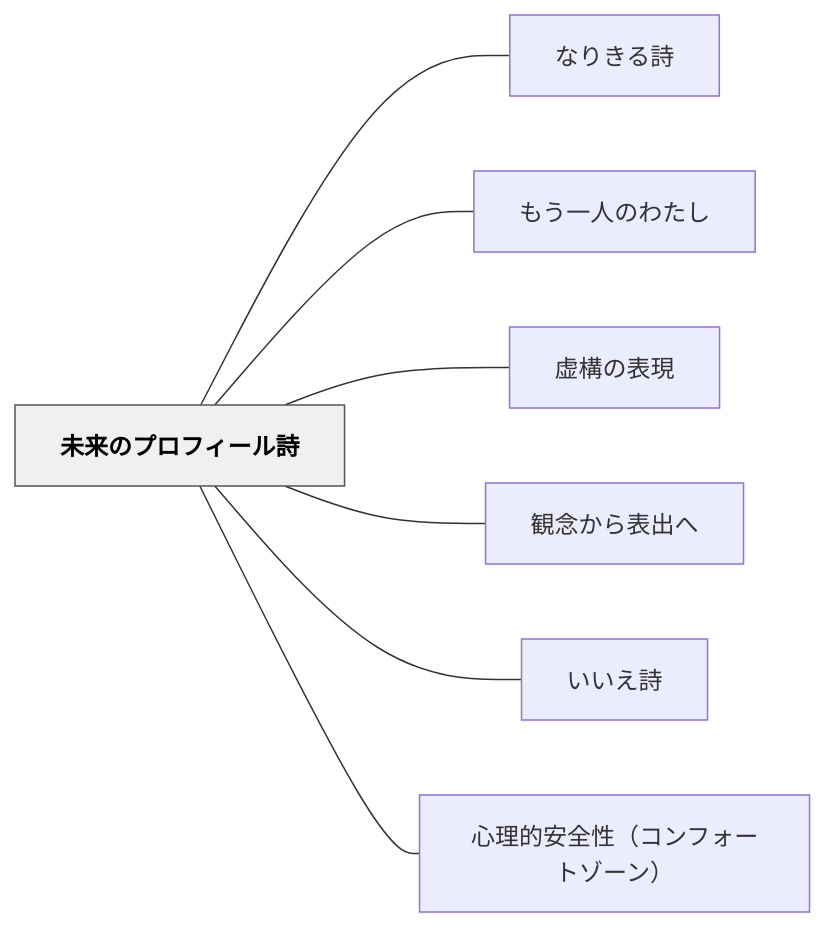
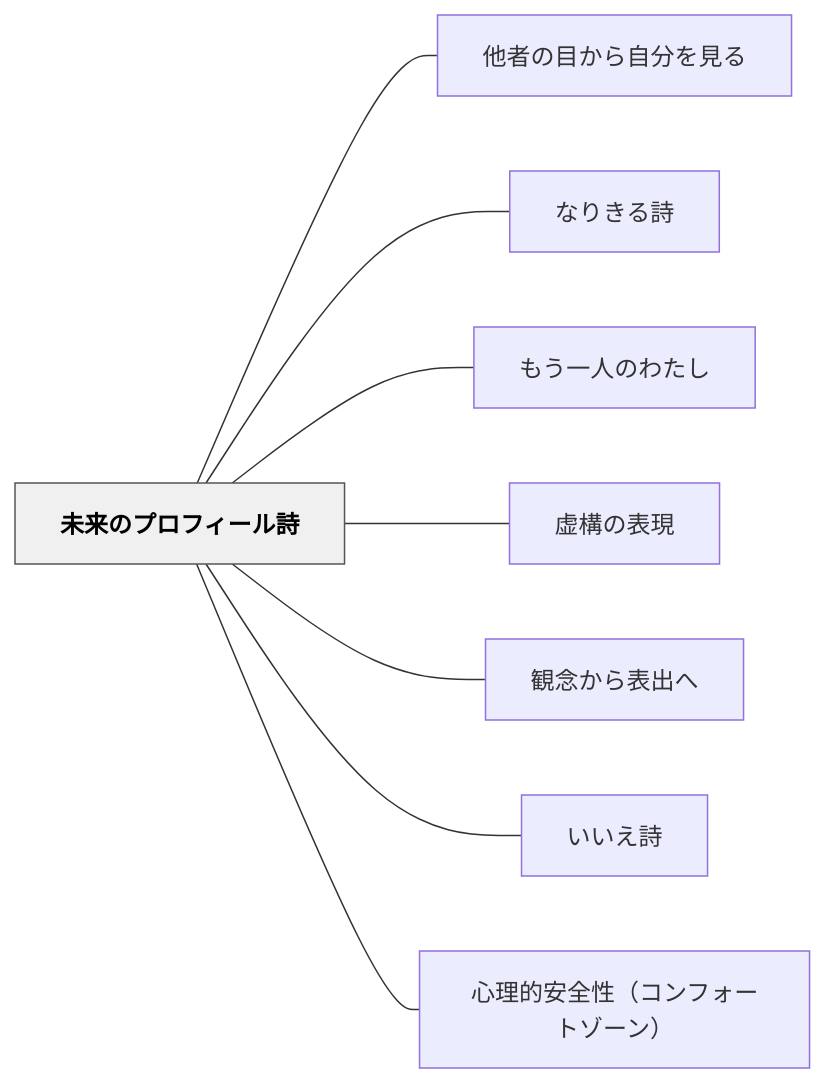
One commit to unknownthings-ed-patterns/unknownthings-ed-patterns changed the diagram in content/パタン/未来のプロフィール詩.md. Above: the diagram before and after it, drawn with Mermaid. The commit also changed other lines of this file and 473 other files, not shown here.

````diff
--- a/content/パタン/未来のプロフィール詩.md
+++ b/content/パタン/未来のプロフィール詩.md
@@ -142,20 +142,22 @@
 ```mermaid
 flowchart LR
     ne69caae69da5["未来のプロフィール詩"]
+    ne4bb96e88085["他者の目から自分を見る"]
     ne381aae3828a["なりきる詩"]
     ne38282e38186["もう一人のわたし"]
     ne8999ae6a78b["虚構の表現"]
     ne8a6b3e5bfb5["観念から表出へ"]
     ne38184e38184["いいえ詩"]
     ne5bf83e79086["心理的安全性（コンフォートゾーン）"]
 
+    ne69caae69da5 --- ne4bb96e88085
     ne69caae69da5 --- ne381aae3828a
     ne69caae69da5 --- ne38282e38186
     ne69caae69da5 --- ne8999ae6a78b
     ne69caae69da5 --- ne8a6b3e5bfb5
     ne69caae69da5 --- ne38184e38184
     ne69caae69da5 --- ne5bf83e79086
 
     classDef hub fill:#f0f0f0,stroke:#555,color:#000,font-weight:bold
     class ne69caae69da5 hub
 ```
````
